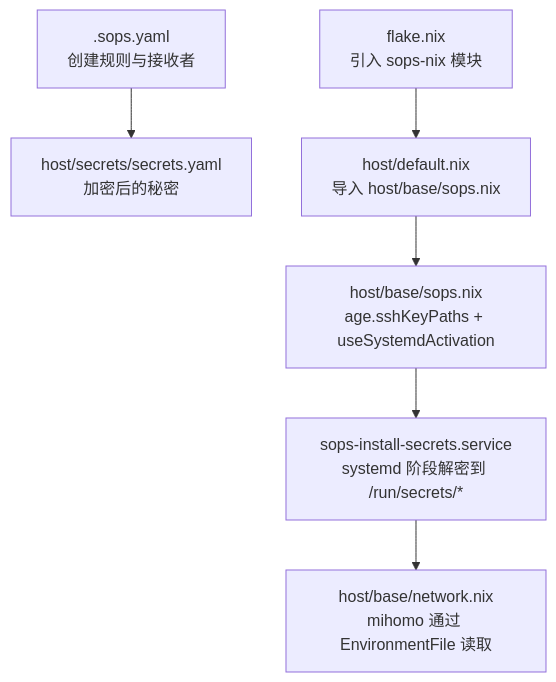
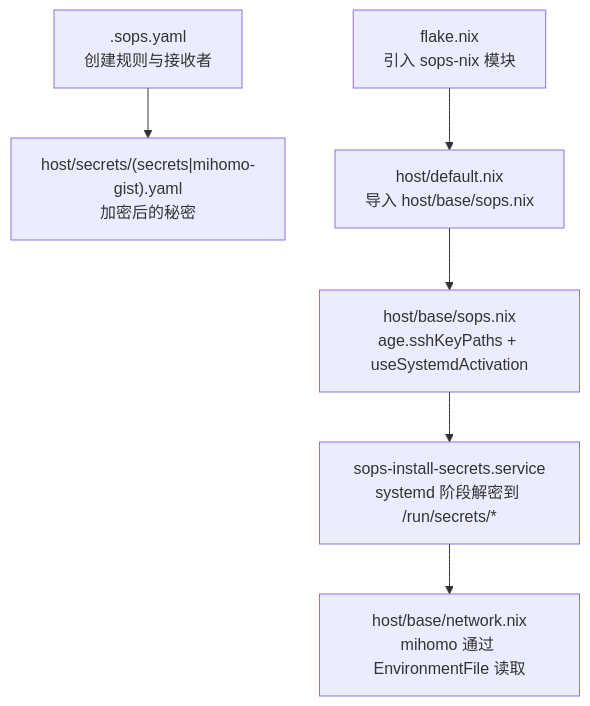
The first of 3 diagrams in wiki/security/sops.md (Shangshui0302/myNixOSConfig), drawn with Mermaid before and after one commit. The commit also changed other lines of this file and 9 other files, not shown here.

Commit message:
feat(network): sync dual-provider Mihomo configuration from Gist

````diff
--- a/wiki/security/sops.md
+++ b/wiki/security/sops.md
@@ -33,8 +34,8 @@
 ```mermaid
 graph TB
-A[".sops.yaml<br/>创建规则与接收者"] --> B["host/secrets/secrets.yaml<br/>加密后的秘密"]
+A[".sops.yaml<br/>创建规则与接收者"] --> B["host/secrets/(secrets|mihomo-gist).yaml<br/>加密后的秘密"]
 C["flake.nix<br/>引入 sops-nix 模块"] --> D["host/default.nix<br/>导入 host/base/sops.nix"]
 D --> E["host/base/sops.nix<br/>age.sshKeyPaths + useSystemdActivation"]
 E --> F["sops-install-secrets.service<br/>systemd 阶段解密到 /run/secrets/*"]
 F --> G["host/base/network.nix<br/>mihomo 通过 EnvironmentFile 读取"]
 ```
````
